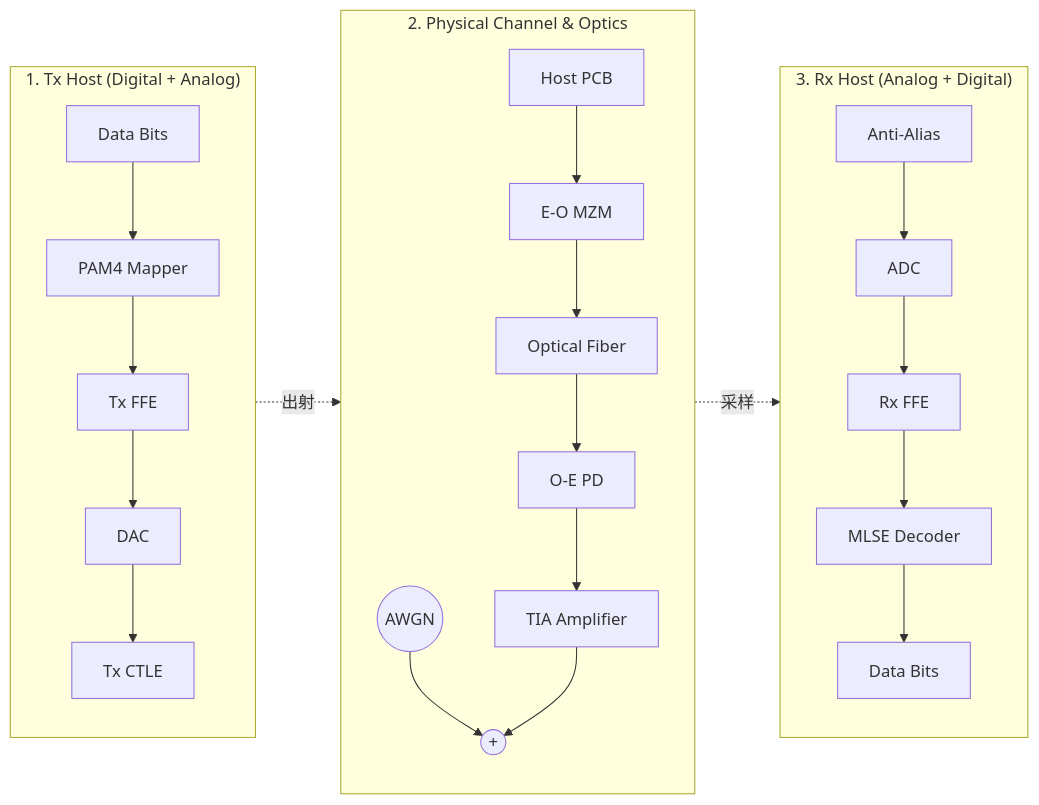
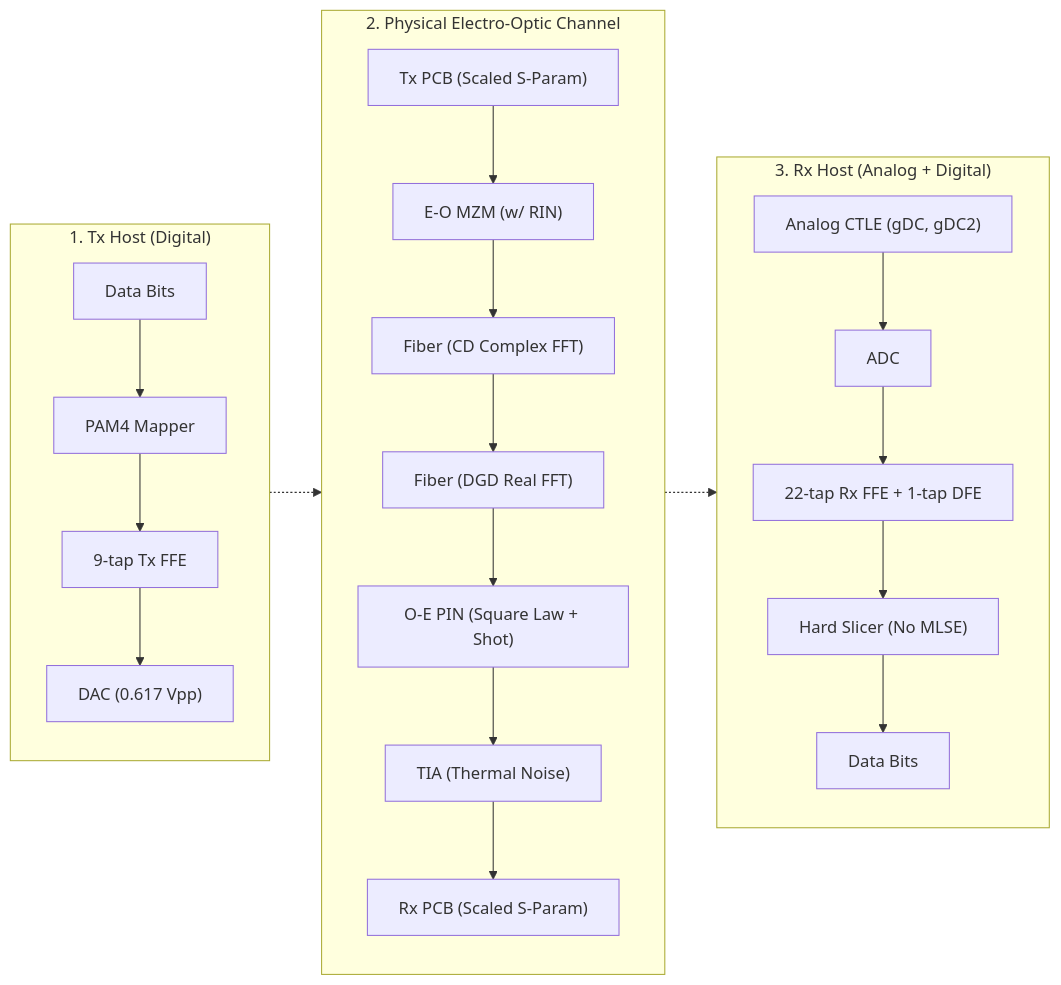
Before and after one commit to ZenHatesCoding/lpo-pam4-sim: the diagram in docs/01_DSP_Architecture.md, drawn with Mermaid. The commit also changed other lines of this file and 45 other files, not shown here.

Commit message:
Refactor channel noise to physical parameters, remove global SNR, update docs, clean up old datasets and scripts

````diff
--- a/docs/01_DSP_Architecture.md
+++ b/docs/01_DSP_Architecture.md
@@ -27,32 +32,31 @@
 ```mermaid
 %%{init: {'themeVariables': { 'background': 'transparent'}}}%%
 graph LR
-    subgraph R1 ["1. Tx Host (Digital + Analog)"]
+    subgraph R1 ["1. Tx Host (Digital)"]
         direction TB
         A[Data Bits] --> B[PAM4 Mapper]
-        B --> C["Tx FFE"]
-        C --> D["DAC"]
-        D --> E["Tx CTLE"]
+        B --> C["9-tap Tx FFE"]
+        C --> D["DAC (0.617 Vpp)"]
     end
 
-    subgraph R2 ["2. Physical Channel & Optics"]
+    subgraph R2 ["2. Physical Electro-Optic Channel"]
         direction TB
-        F["Host PCB"] --> G["E-O MZM"]
-        G --> H["Optical Fiber"]
-        H --> I["O-E PD"]
-        I --> J["TIA Amplifier"]
-        N1(("AWGN")) --> K((+))
-        J --> K
+        F["Tx PCB (Scaled S-Param)"] --> G["E-O MZM (w/ RIN)"]
+        G --> H["Fiber (CD Complex FFT)"]
+        H --> I["Fiber (DGD Real FFT)"]
+        I --> J["O-E PIN (Square Law + Shot)"]
+        J --> K["TIA (Thermal Noise)"]
+        K --> L["Rx PCB (Scaled S-Param)"]
     end
 
     subgraph R3 ["3. Rx Host (Analog + Digital)"]
         direction TB
-        L["Anti-Alias"] --> M["ADC"]
-        M --> N["Rx FFE"]
-        N --> O["MLSE Decoder"]
-        O --> P[Data Bits]
+        M["Analog CTLE (gDC, gDC2)"] --> N["ADC"]
+        N --> O["22-tap Rx FFE + 1-tap DFE"]
+        O --> P["Hard Slicer (No MLSE)"]
+        P --> Q[Data Bits]
     end
     
-    E -.->|"出射"| F
-    K -.->|"采样"| L
+    D -.-> F
+    L -.-> M
 ```
````
